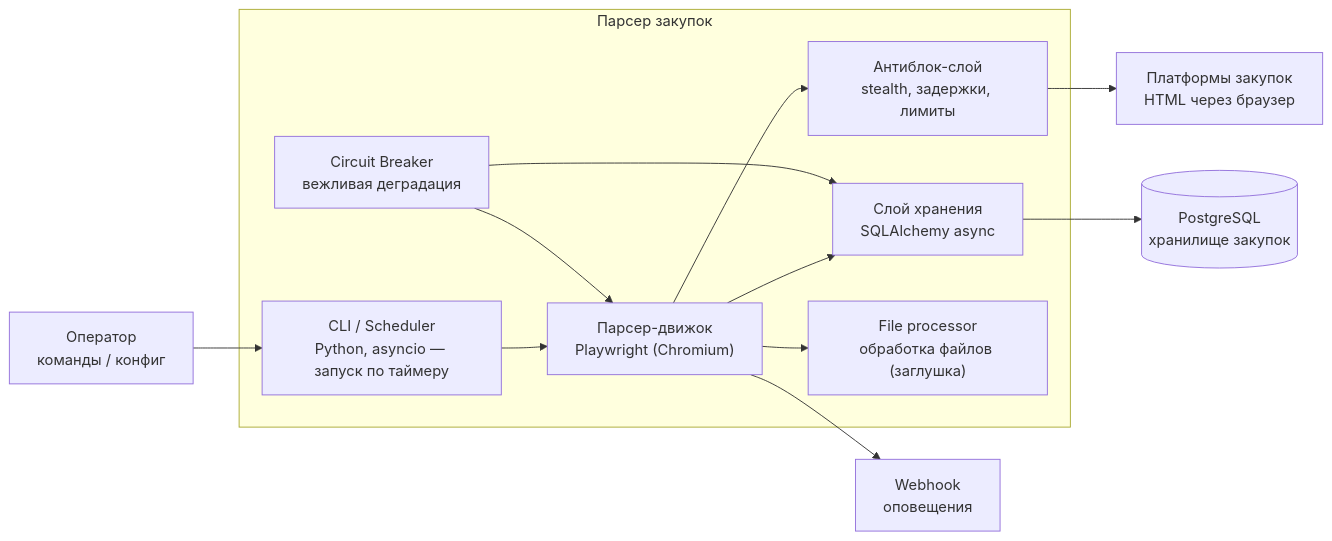
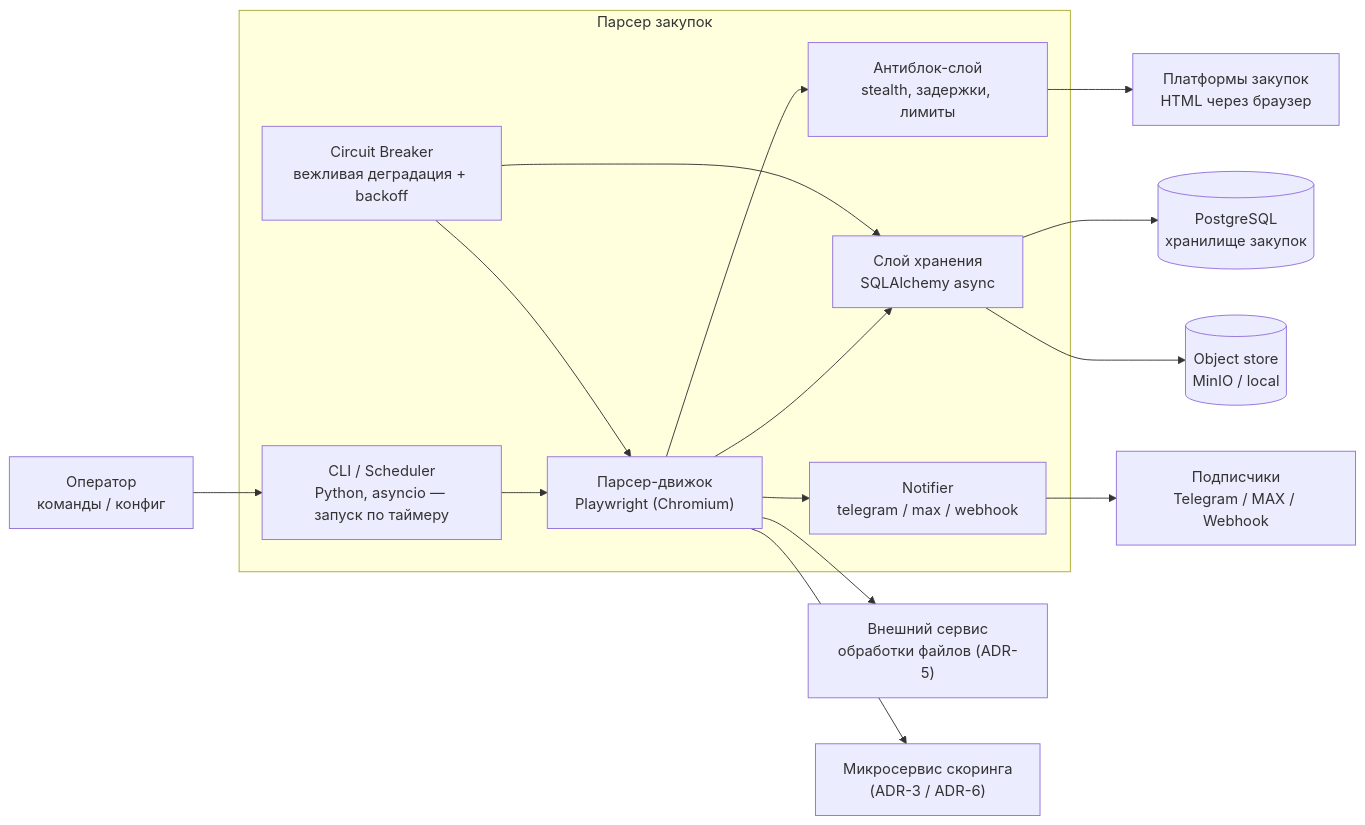
The diagram in docs/c4/container.md (igorvolk1961/zakupki_parser), drawn with Mermaid before and after one commit. The commit also changed other lines of this file and 8 other files, not shown here.

````diff
--- a/docs/c4/container.md
+++ b/docs/c4/container.md
@@ -5,28 +5,34 @@
 ```mermaid
 flowchart LR
     U[Оператор<br/>команды / конфиг]
 
     subgraph ParserSys["Парсер закупок"]
         CLI["CLI / Scheduler<br/>Python, asyncio — запуск по таймеру"]
         ENG["Парсер-движок<br/>Playwright (Chromium)"]
         AB["Антиблок-слой<br/>stealth, задержки, лимиты"]
-        CB["Circuit Breaker<br/>вежливая деградация"]
+        CB["Circuit Breaker<br/>вежливая деградация + backoff"]
         ST["Слой хранения<br/>SQLAlchemy async"]
-        FP["File processor<br/>обработка файлов (заглушка)"]
+        NOT["Notifier<br/>telegram / max / webhook"]
     end
 
     Z[Платформы закупок<br/>HTML через браузер]
     DB[(PostgreSQL<br/>хранилище закупок)]
-    W[Webhook<br/>оповещения]
+    OS[(Object store<br/>MinIO / local)]
+    FS["Внешний сервис<br/>обработки файлов (ADR-5)"]
+    SS["Микросервис скоринга<br/>(ADR-3 / ADR-6)"]
+    SUB[Подписчики<br/>Telegram / MAX / Webhook]
 
     U --> CLI
     CLI --> ENG
     ENG --> AB
     AB --> Z
     ENG --> ST
-    ENG --> FP
     ST --> DB
-    ENG --> W
+    ST --> OS
+    ENG --> FS
+    ENG --> SS
+    ENG --> NOT
+    NOT --> SUB
     CB --> ENG
     CB --> ST
 ```
````
